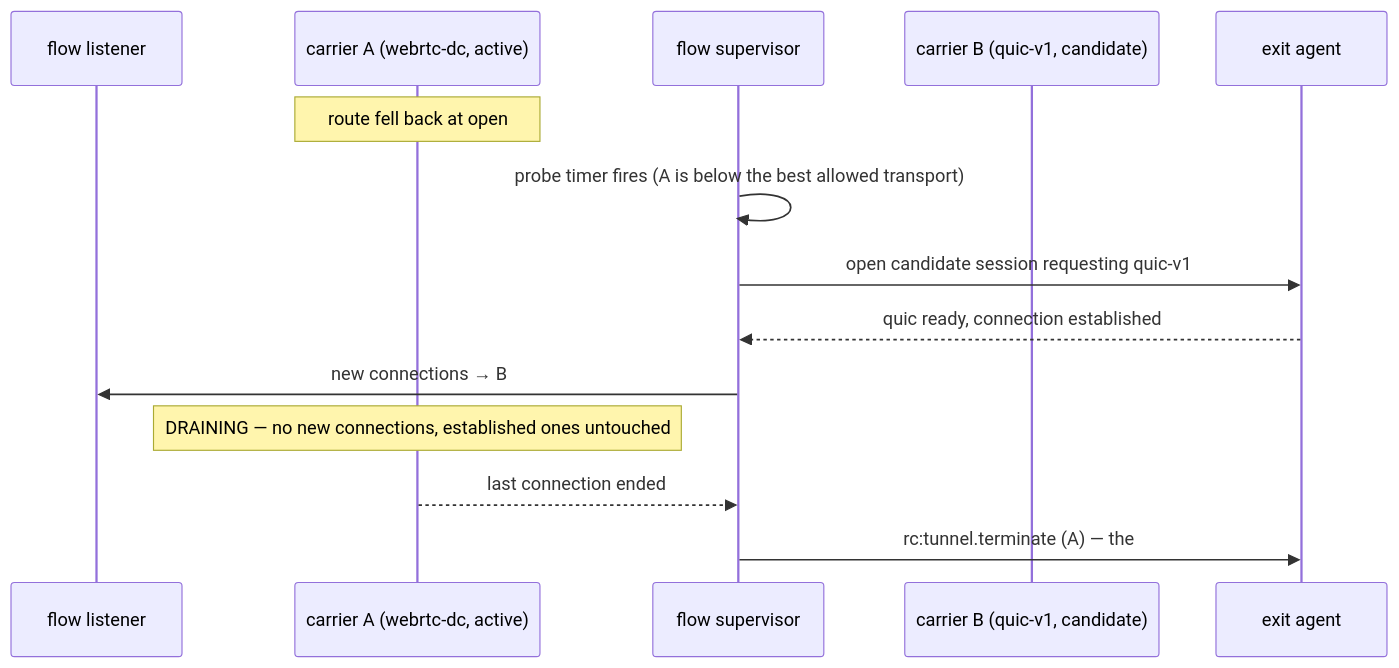
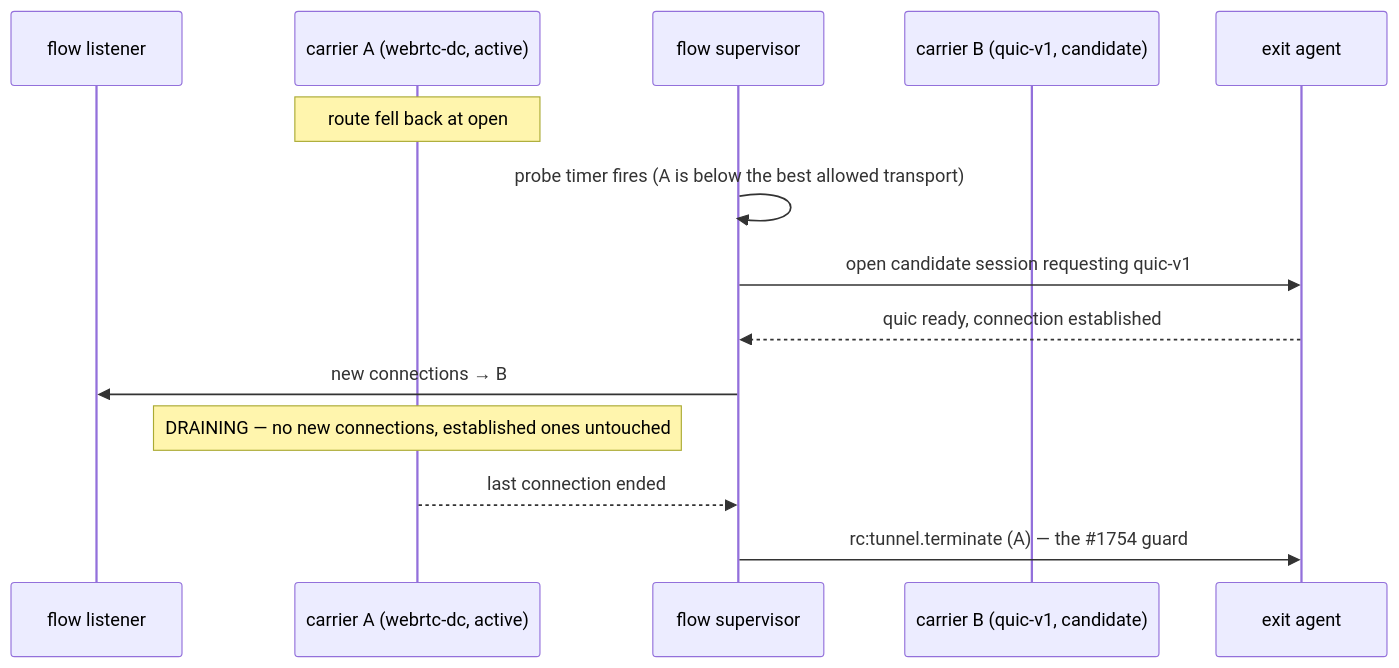
One commit to gjovanov/roomler-ai changed the diagram in docs/fr/FR-86-tunnel-transport-reupgrade.md. Above: the diagram before and after it, drawn with Mermaid. The commit also changed 25 other files, not shown here.

````diff
--- a/docs/fr/FR-86-tunnel-transport-reupgrade.md
+++ b/docs/fr/FR-86-tunnel-transport-reupgrade.md
@@ -68,16 +68,16 @@
 ```mermaid
 sequenceDiagram
     participant L as flow listener
     participant A as carrier A (webrtc-dc, active)
     participant S as flow supervisor
     participant B as carrier B (quic-v1, candidate)
     participant X as exit agent
     Note over A: route fell back at open
     S->>S: probe timer fires (A is below the best allowed transport)
     S->>X: open candidate session requesting quic-v1
     X-->>S: quic ready, connection established
     S->>L: new connections → B
     Note over A: DRAINING — no new connections, established ones untouched
     A-->>S: last connection ended
-    S->>X: rc:tunnel.terminate (A) — the #1754 guard
+    S->>X: rc:tunnel.terminate (A) — the #35;1754 guard
 ```
````
